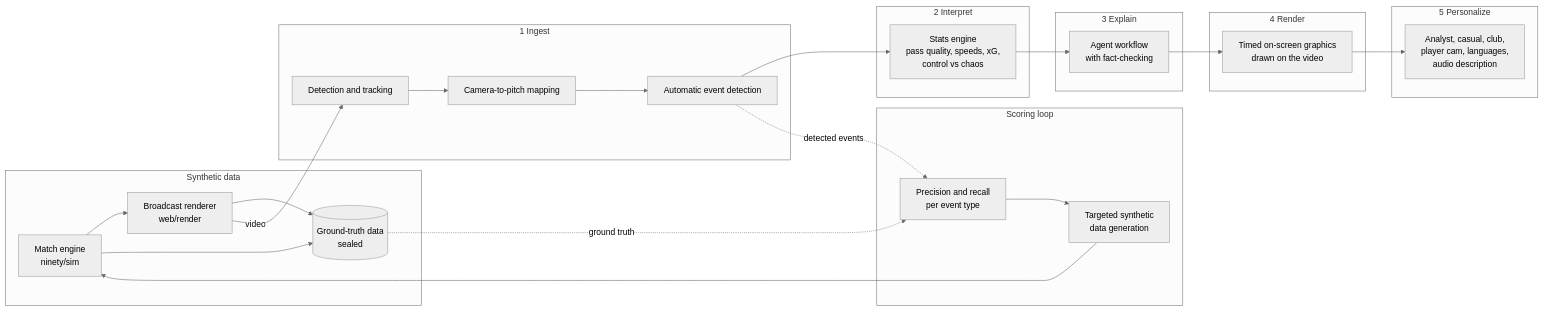
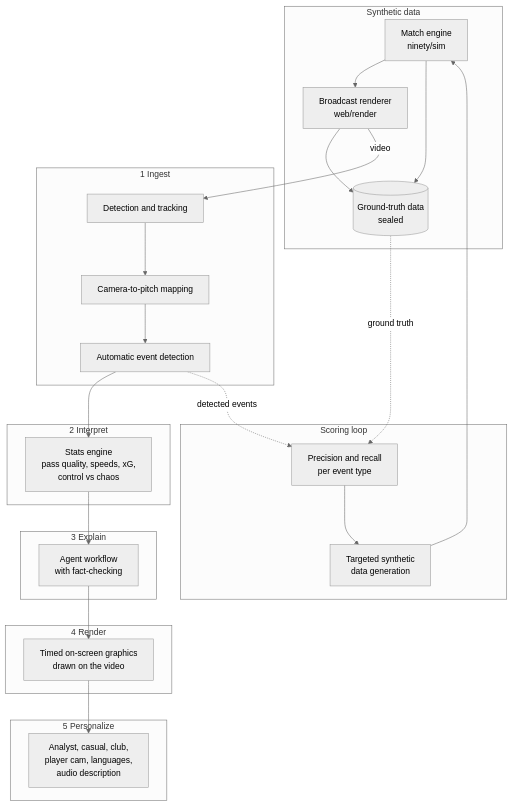
One commit to KLKH7/the-ninety-labs changed the first of 4 diagrams in docs/ARCHITECTURE.md. Above: the diagram before and after it, drawn with Mermaid (neutral theme).

Commit message:
Architecture diagrams: overview top-to-bottom, agent design left-to-right for readability

````diff
--- a/docs/ARCHITECTURE.md
+++ b/docs/ARCHITECTURE.md
@@ -34,46 +34,46 @@
 ```mermaid
-flowchart LR
+flowchart TB
     subgraph DATA["Synthetic data"]
         SIM["Match engine<br/>ninety/sim"]
         RENDER["Broadcast renderer<br/>web/render"]
         TRUTH[("Ground-truth data<br/>sealed")]
         SIM --> RENDER
         SIM --> TRUTH
         RENDER --> TRUTH
     end
 
     subgraph INGEST["1 Ingest"]
         DET["Detection and tracking"]
         MAP["Camera-to-pitch mapping"]
         EVT["Automatic event detection"]
         DET --> MAP --> EVT
     end
 
     subgraph INTERPRET["2 Interpret"]
         STATS["Stats engine<br/>pass quality, speeds, xG,<br/>control vs chaos"]
     end
 
     subgraph EXPLAIN["3 Explain"]
         AGENTS["Agent workflow<br/>with fact-checking"]
     end
 
     subgraph RENDERSTAGE["4 Render"]
         CUES["Timed on-screen graphics<br/>drawn on the video"]
     end
 
     subgraph PERSONALIZE["5 Personalize"]
         VIEW["Analyst, casual, club,<br/>player cam, languages,<br/>audio description"]
     end
 
     RENDER -- video --> DET
     EVT --> STATS --> AGENTS --> CUES --> VIEW
 
     subgraph SCORE["Scoring loop"]
         EVAL["Precision and recall<br/>per event type"]
         GEN["Targeted synthetic<br/>data generation"]
     end
 
     EVT -. detected events .-> EVAL
     TRUTH -. ground truth .-> EVAL
     EVAL --> GEN --> SIM
 ```
````
